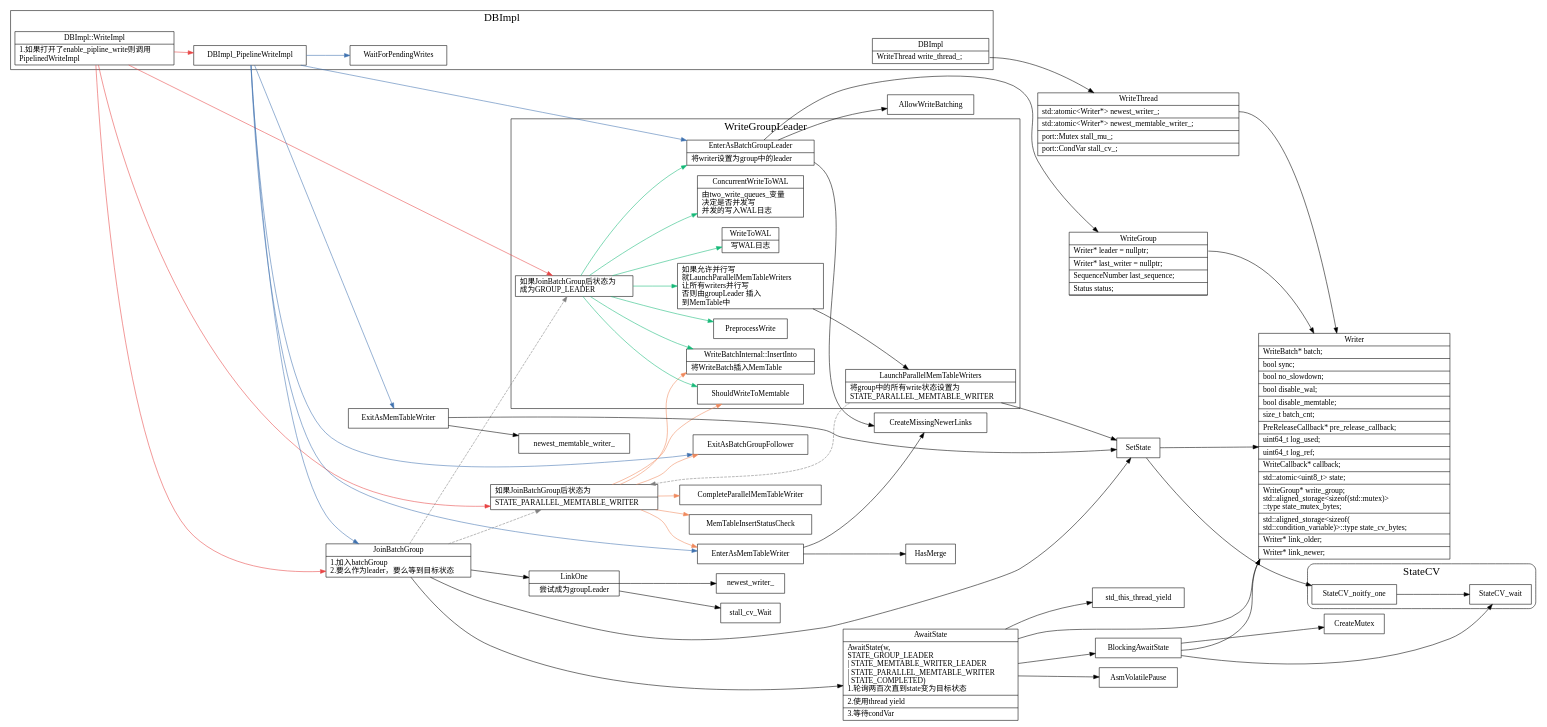
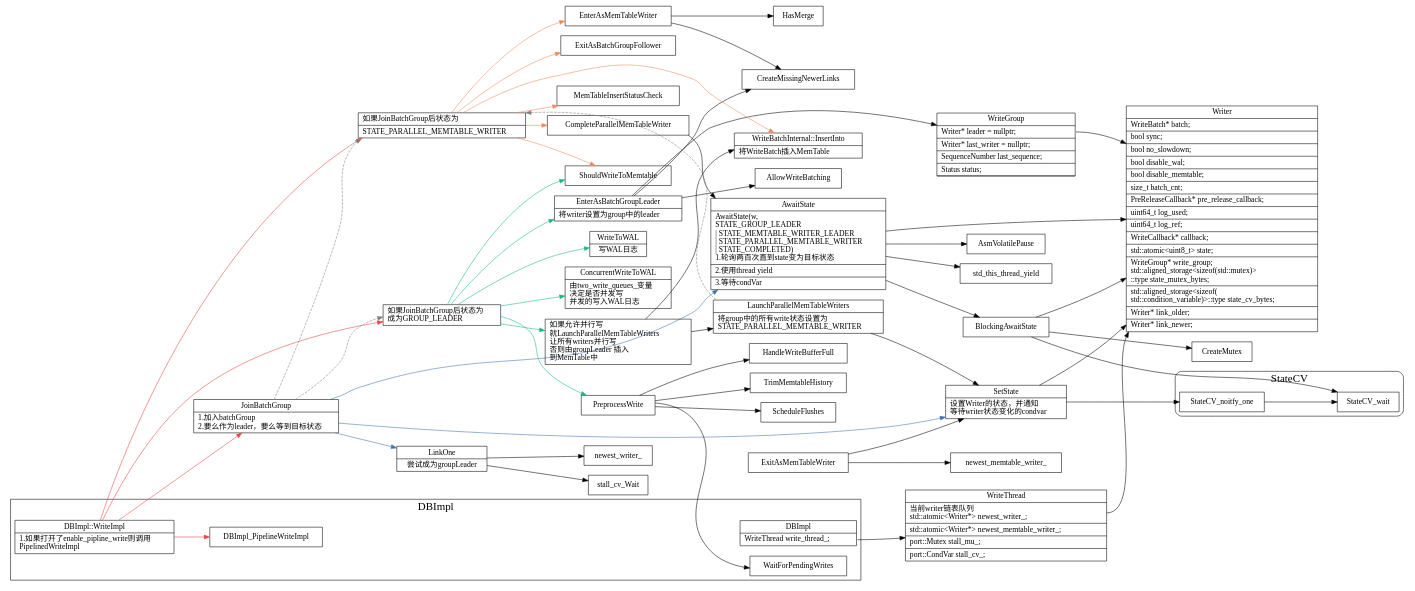
The diagram in src/rocksdb/write_thread.dot (xieyu/blog), drawn with Graphviz before and after one commit. The commit also changed 8 other files, not shown here.

```diff
--- a/src/rocksdb/write_thread.dot
+++ b/src/rocksdb/write_thread.dot
@@ -41,7 +41,9 @@
     shape="record";
     label="{{
       WriteThread|
-        <Writer> std::atomic\<Writer*\> newest_writer_;\l|
+        <Writer>
+        当前writer链表队列\l
+        std::atomic\<Writer*\> newest_writer_;\l|
         std::atomic\<Writer*\> newest_memtable_writer_;\l|
         port::Mutex stall_mu_;\l|
         port::CondVar stall_cv_;\l
@@ -97,6 +99,10 @@
   JoinBatchGroup -> IF_STATE_GROUP_LEADER[style=dashed;color=gray];
   LaunchParallelMemTableWriters -> IF_STATE_PARALLEL_MEMABLE_WRITER[style=dashed;color=gray];
 
+  CompleteParallelMemTableWriter -> {
+    AwaitState;
+  }
+
   IF_STATE_GROUP_LEADER[shape="record";
     label="{{
       如果JoinBatchGroup后状态为\l 
@@ -105,17 +111,21 @@
   ];
   {rank=same;IF_STATE_GROUP_LEADER;IF_STATE_PARALLEL_MEMABLE_WRITER};
 
-  subgraph cluster_GroupLeader {
-    graph[label="WriteGroupLeader";fontsize=20;];
     IF_STATE_GROUP_LEADER -> {
       PreprocessWrite;
       EnterAsBatchGroupLeader;
       ShouldWriteToMemtable;
       IF_PARALLEL;
       WriteToWAL;
-      WriteBatchInternal_InsertInto;
       ConcurrentWriteToWAL;
     }[color="#17b978"];
+
+    PreprocessWrite -> {
+      WaitForPendingWrites;
+      HandleWriteBufferFull;
+      TrimMemtableHistory;
+      ScheduleFlushes;
+    }
 
     IF_PARALLEL[shape="record";
       label="{{
@@ -126,7 +136,10 @@
         到MemTable中\l
       }}";
     ];
-    IF_PARALLEL -> LaunchParallelMemTableWriters;
+    IF_PARALLEL -> {
+      LaunchParallelMemTableWriters;
+      WriteBatchInternal_InsertInto;
+    };
     WriteToWAL[shape="record";
       label="{{
         WriteToWAL|
@@ -149,7 +162,6 @@
         STATE_PARALLEL_MEMTABLE_WRITER\l
       }}";
     ];
-  }
   DBImpl_WriteImpl[
     shape="record";
     label="{{
@@ -158,6 +170,7 @@
       PipelinedWriteImpl\l
     }}";
   ];
+  /*
   DBImpl_PipelineWriteImpl -> {
     JoinBatchGroup;
     WaitForPendingWrites;
@@ -166,6 +179,7 @@
     ExitAsMemTableWriter;
     EnterAsMemTableWriter;
   }[color="#3f72af"]
+  */
 
   JoinBatchGroup[
     shape="record";
@@ -179,7 +193,8 @@
     LinkOne;
     SetState;
     AwaitState;
-  }
+  }[color="#3f72af"];
+
   LinkOne[
     shape="record";
     label="{{
@@ -214,6 +229,14 @@
     Writer:state;
     StateCV_wait;
   }
+  SetState[
+    shape="record";
+    label="{{
+      SetState|
+      设置Writer的状态，并通知\l 
+      等待writer状态变化的condvar\l
+    }}";
+  ];
 
   SetState -> {
     Writer:state;
@@ -230,6 +253,7 @@
     CreateMissingNewerLinks;
     HasMerge;
   }
+
   ExitAsMemTableWriter -> {
     newest_memtable_writer_;
     SetState;
```
